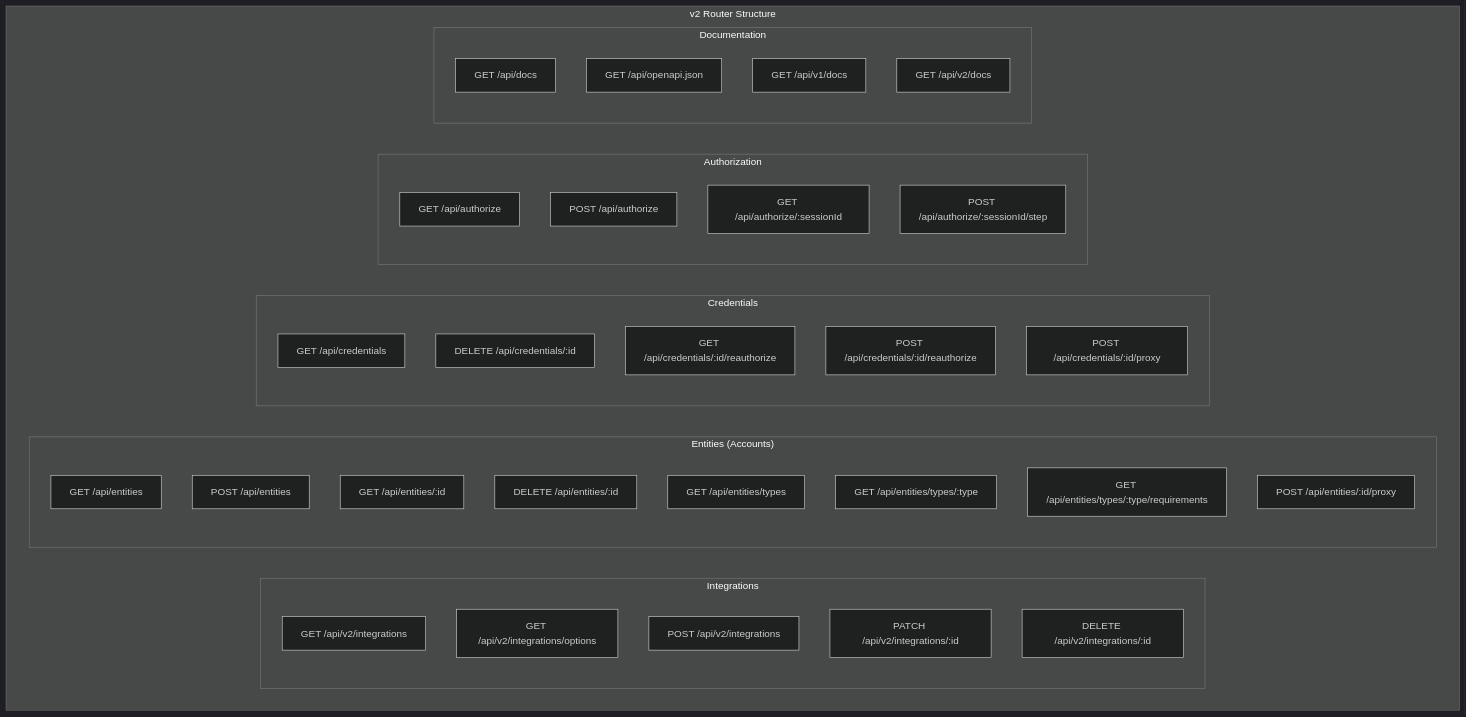
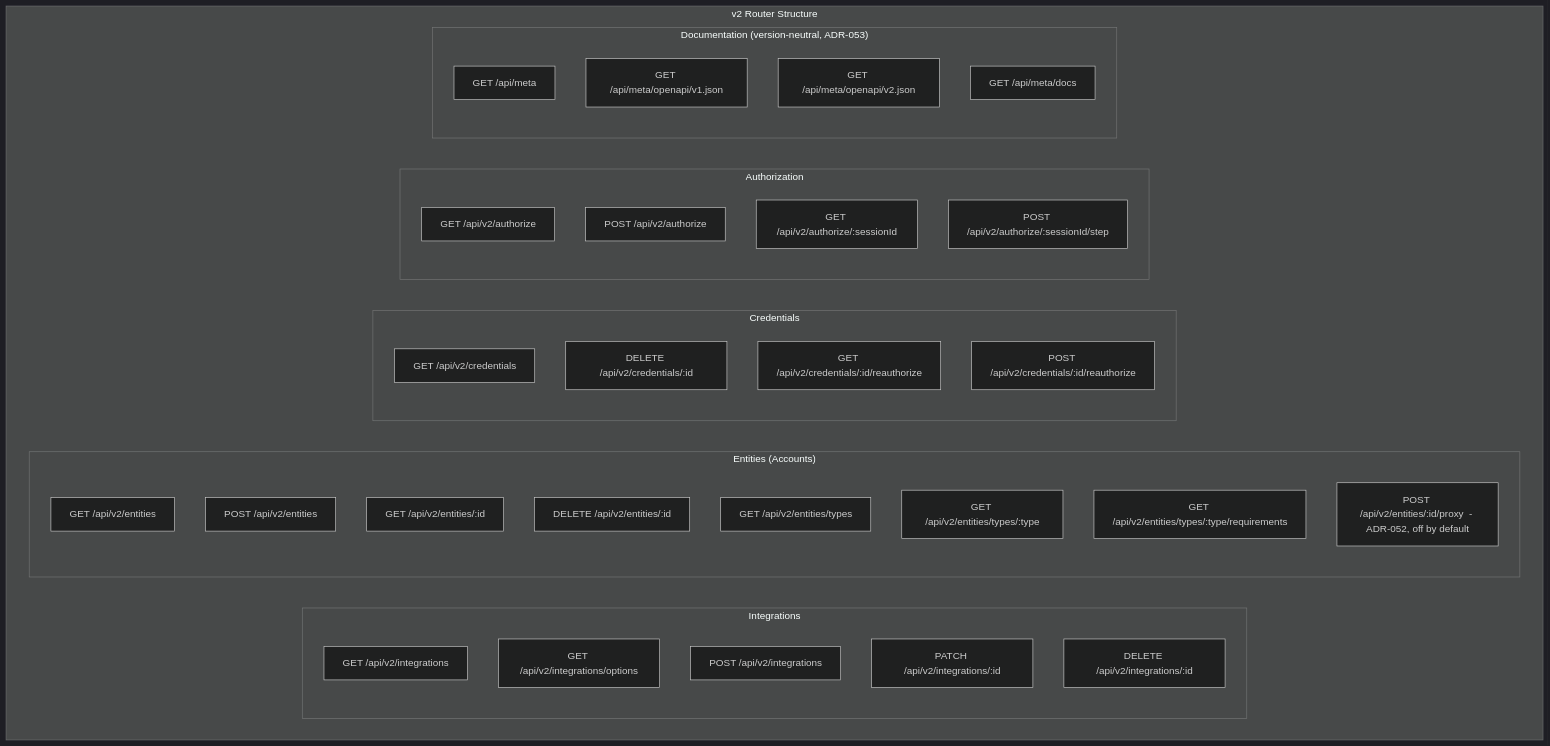
One commit to friggframework/frigg changed the first of 4 diagrams in docs/architecture-decisions/006-integration-router-v2.md. Above: the diagram before and after it, drawn with Mermaid (dark theme). The commit also changed other lines of this file and 4 other files, not shown here.

First line of the commit message:
docs(adr): ADR-052 entity proxy security, ADR-053 Management API versioning

````diff
--- a/docs/architecture-decisions/006-integration-router-v2.md
+++ b/docs/architecture-decisions/006-integration-router-v2.md
@@ -31,45 +45,44 @@
 ```mermaid
 graph TB
     subgraph "v2 Router Structure"
         subgraph "Integrations"
             I1[GET /api/v2/integrations]
             I2[GET /api/v2/integrations/options]
             I3[POST /api/v2/integrations]
             I4[PATCH /api/v2/integrations/:id]
             I5[DELETE /api/v2/integrations/:id]
         end
 
         subgraph "Entities (Accounts)"
-            E1[GET /api/entities]
-            E2[POST /api/entities]
-            E3[GET /api/entities/:id]
-            E4[DELETE /api/entities/:id]
-            E5[GET /api/entities/types]
-            E6[GET /api/entities/types/:type]
-            E7[GET /api/entities/types/:type/requirements]
-            E8[POST /api/entities/:id/proxy]
+            E1[GET /api/v2/entities]
+            E2[POST /api/v2/entities]
+            E3[GET /api/v2/entities/:id]
+            E4[DELETE /api/v2/entities/:id]
+            E5[GET /api/v2/entities/types]
+            E6[GET /api/v2/entities/types/:type]
+            E7[GET /api/v2/entities/types/:type/requirements]
+            E8[POST /api/v2/entities/:id/proxy  - ADR-052, off by default]
         end
 
         subgraph "Credentials"
-            C1[GET /api/credentials]
-            C2[DELETE /api/credentials/:id]
-            C3[GET /api/credentials/:id/reauthorize]
-            C4[POST /api/credentials/:id/reauthorize]
-            C5[POST /api/credentials/:id/proxy]
+            C1[GET /api/v2/credentials]
+            C2[DELETE /api/v2/credentials/:id]
+            C3[GET /api/v2/credentials/:id/reauthorize]
+            C4[POST /api/v2/credentials/:id/reauthorize]
         end
 
         subgraph "Authorization"
-            A1[GET /api/authorize]
-            A2[POST /api/authorize]
-            A3[GET /api/authorize/:sessionId]
-            A4[POST /api/authorize/:sessionId/step]
+            A1[GET /api/v2/authorize]
+            A2[POST /api/v2/authorize]
+            A3[GET /api/v2/authorize/:sessionId]
+            A4[POST /api/v2/authorize/:sessionId/step]
         end
 
-        subgraph "Documentation"
-            D1[GET /api/docs]
-            D2[GET /api/openapi.json]
-            D3[GET /api/v1/docs]
-            D4[GET /api/v2/docs]
+        subgraph "Documentation (version-neutral, ADR-053)"
+            D1[GET /api/meta]
+            D2[GET /api/meta/openapi/v1.json]
+            D3[GET /api/meta/openapi/v2.json]
+            D4[GET /api/meta/docs]
         end
     end
 ```
````
